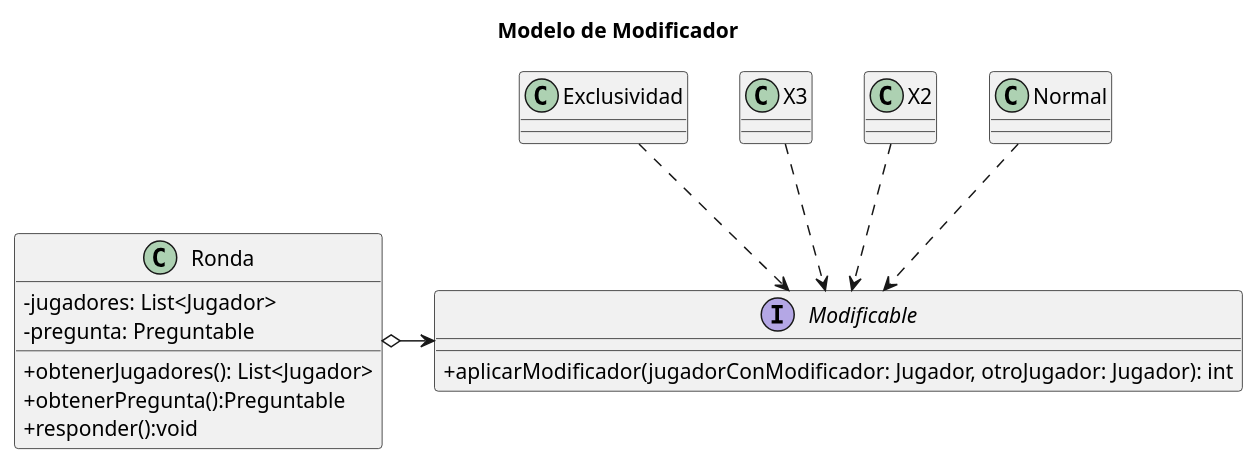
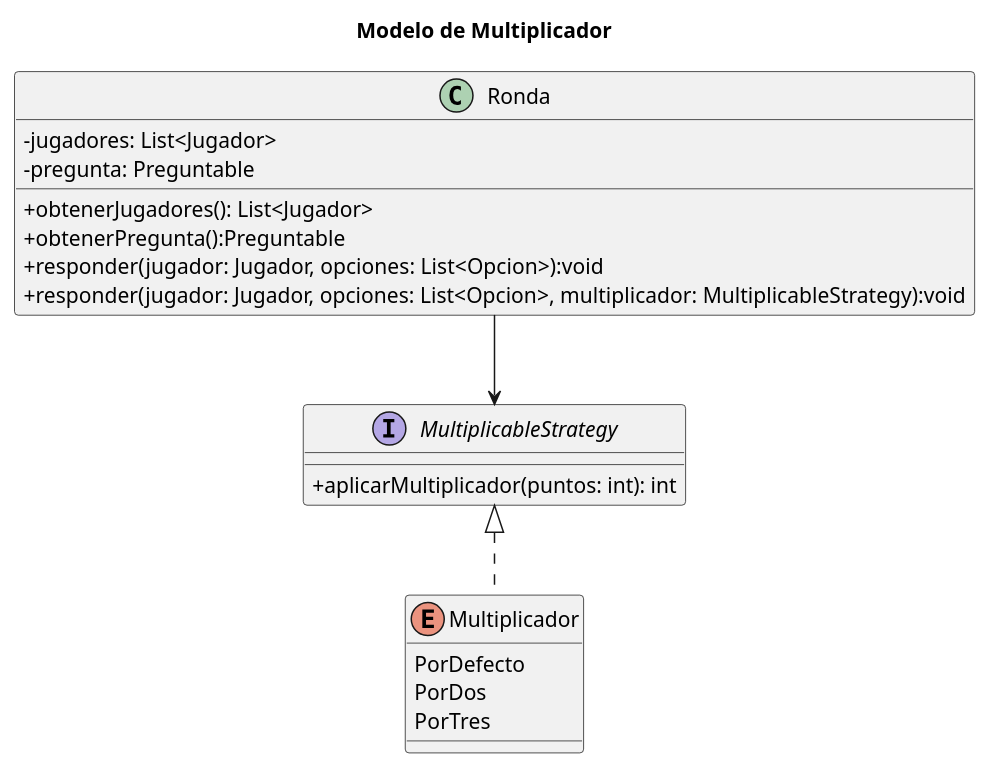
The diagram in doc/Diagramas/Diagramas_Clase/modificable/modificable.plantuml (gylopezgiles/TP2), drawn with PlantUML before and after one commit. The commit also changed 5 other files, not shown here.

Commit message:
Actualizacion de los diagramas de secuencia + eliminacion de imports no usados

```diff
--- a/doc/Diagramas/Diagramas_Clase/modificable/modificable.plantuml
+++ b/doc/Diagramas/Diagramas_Clase/modificable/modificable.plantuml
@@ -1,39 +1,31 @@
 @startuml
-title Modelo de Modificador
+title Modelo de Multiplicador
 skinparam classAttributeIconSize 0
 
 
 class Ronda{
     - jugadores: List<Jugador>
     - pregunta: Preguntable
 
     + obtenerJugadores(): List<Jugador>
     + obtenerPregunta():Preguntable
-    + responder():void
+    + responder(jugador: Jugador, opciones: List<Opcion>):void
+    + responder(jugador: Jugador, opciones: List<Opcion>, multiplicador: MultiplicableStrategy):void
 }
 
-interface Modificable{
-    + aplicarModificador(jugadorConModificador: Jugador, otroJugador: Jugador): int
+interface MultiplicableStrategy{
+    + aplicarMultiplicador(puntos: int): int
 }
 
-class Normal{
-}
-
-class X2{
-}
-
-class X3{
-}
-
-class Exclusividad{
+enum Multiplicador{
+    PorDefecto
+    PorDos
+    PorTres
 }
 
 
-Ronda o-> Modificable
+Ronda --> MultiplicableStrategy
 
-Modificable <.up. Normal
-Modificable <.up. X2
-Modificable <.up. X3
-Modificable <.up. Exclusividad
+MultiplicableStrategy <|.. Multiplicador
 
 @enduml
```
